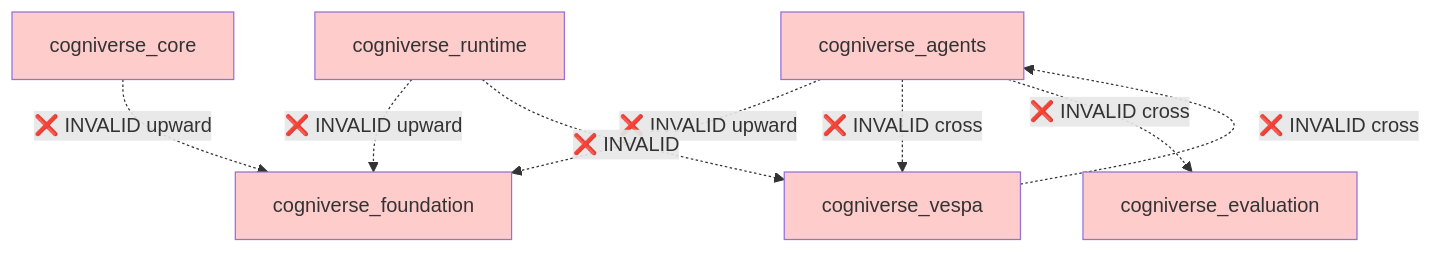
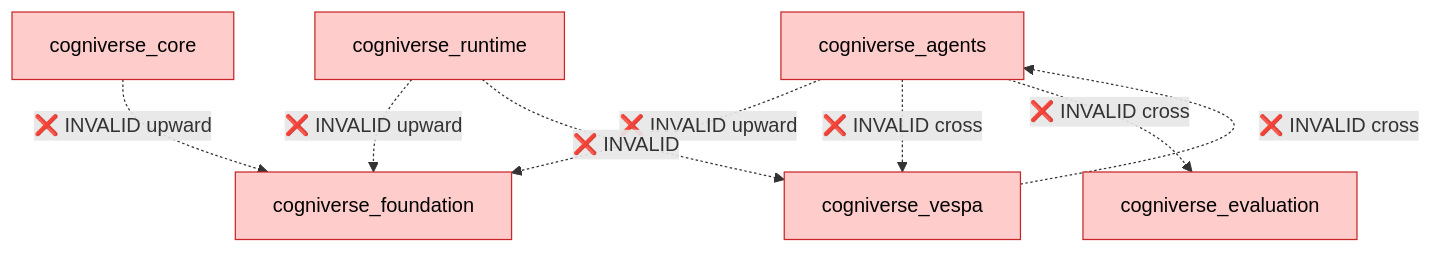
One commit to amit-jain/cogniverse changed diagram 13 of 17 in docs/diagrams/sdk-architecture-diagrams.md. Above: the diagram before and after it, drawn with Mermaid. The commit also changed other lines of this file and 83 other files, not shown here.

First line of the commit message:
Fix documentation veracity, formatting, and diagrams across all modules

````diff
--- a/docs/diagrams/sdk-architecture-diagrams.md
+++ b/docs/diagrams/sdk-architecture-diagrams.md
@@ -672,29 +665,29 @@
 ```mermaid
-graph TB
-    Foundation[cogniverse_foundation]
-    Core[cogniverse_core]
-    Evaluation[cogniverse_evaluation]
-    Agents[cogniverse_agents]
-    Vespa[cogniverse_vespa]
-    Runtime[cogniverse_runtime]
+flowchart TB
+    Foundation["<span style='color:#000'>cogniverse_foundation</span>"]
+    Core["<span style='color:#000'>cogniverse_core</span>"]
+    Evaluation["<span style='color:#000'>cogniverse_evaluation</span>"]
+    Agents["<span style='color:#000'>cogniverse_agents</span>"]
+    Vespa["<span style='color:#000'>cogniverse_vespa</span>"]
+    Runtime["<span style='color:#000'>cogniverse_runtime</span>"]
 
     %% Invalid upward dependencies
     Core -.->|❌ INVALID upward| Foundation
     Agents -.->|❌ INVALID upward| Foundation
     Runtime -.->|❌ INVALID upward| Foundation
 
     %% Invalid cross-layer dependencies
     Agents -.->|❌ INVALID cross| Vespa
     Vespa -.->|❌ INVALID cross| Agents
     Agents -.->|❌ INVALID cross| Evaluation
 
     %% Invalid application to implementation
     Runtime -.->|❌ INVALID| Vespa
 
-    style Foundation fill:#ffcccc
-    style Core fill:#ffcccc
-    style Evaluation fill:#ffcccc
-    style Agents fill:#ffcccc
-    style Vespa fill:#ffcccc
-    style Runtime fill:#ffcccc
+    style Foundation fill:#ffcccc,stroke:#c62828,color:#000
+    style Core fill:#ffcccc,stroke:#c62828,color:#000
+    style Evaluation fill:#ffcccc,stroke:#c62828,color:#000
+    style Agents fill:#ffcccc,stroke:#c62828,color:#000
+    style Vespa fill:#ffcccc,stroke:#c62828,color:#000
+    style Runtime fill:#ffcccc,stroke:#c62828,color:#000
 ```
````
